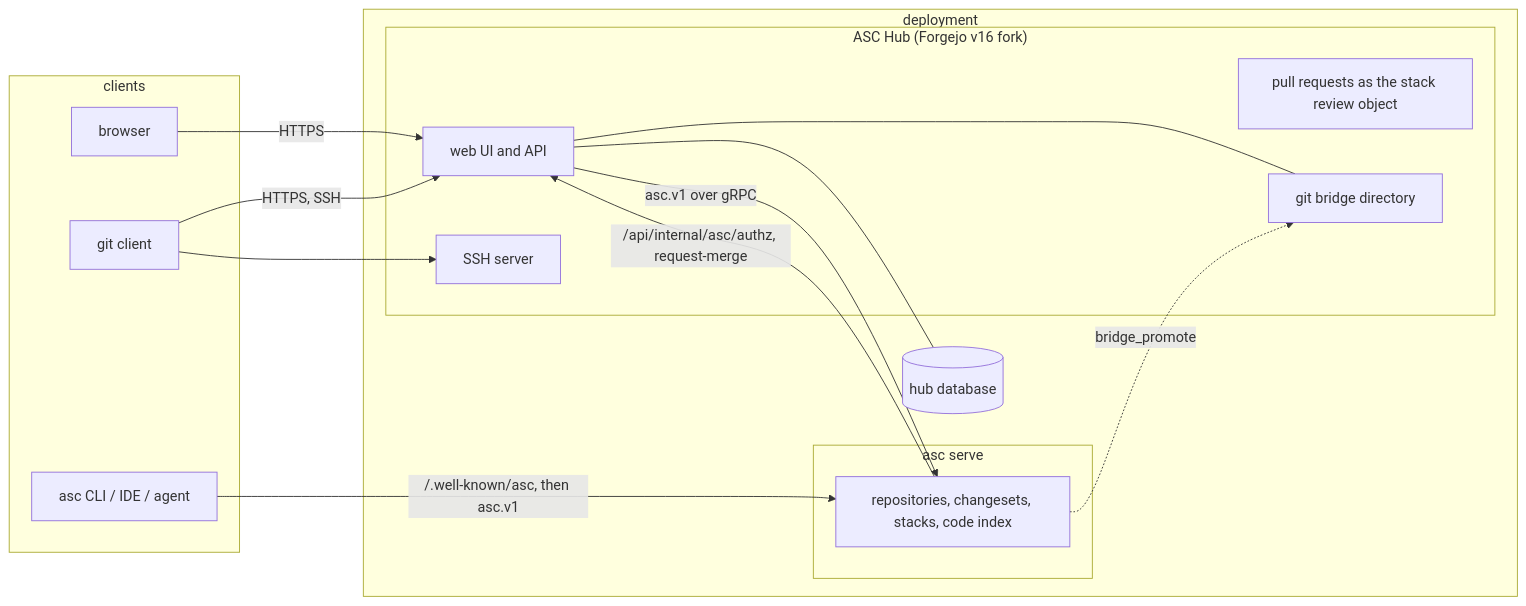
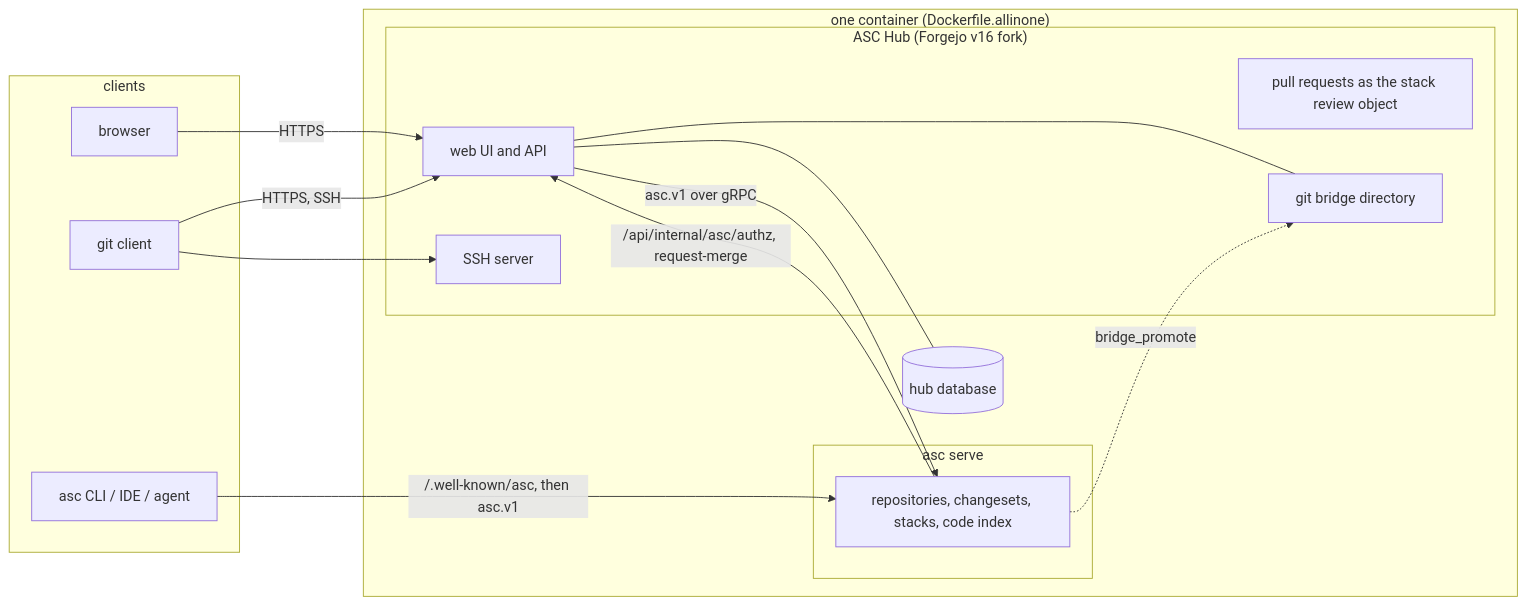
One commit to Jordan-Hall/asc-hub changed the diagram in README.md. Above: the diagram before and after it, drawn with Mermaid. The commit also changed other lines of this file and 4 other files, not shown here.

Commit message:
docs: ASC Hub is one container with the hub and asc serve: quick start, operations, architecture, fork notes

````diff
--- a/README.md
+++ b/README.md
@@ -143,29 +133,29 @@
 ```mermaid
 flowchart LR
     subgraph clients
         B[browser]
         A["asc CLI / IDE / agent"]
         G[git client]
     end
-    subgraph deployment
+    subgraph deployment["one container (Dockerfile.allinone)"]
         subgraph hub["ASC Hub (Forgejo v16 fork)"]
             W[web UI and API]
             S[SSH server]
             P[pull requests as the stack review object]
             BR[git bridge directory]
         end
         subgraph asc["asc serve"]
             R[repositories, changesets, stacks, code index]
         end
         DB[(hub database)]
     end
     B -->|HTTPS| W
     G -->|HTTPS, SSH| W
     G --> S
     A -->|"/.well-known/asc, then asc.v1"| R
     W -->|"asc.v1 over gRPC"| R
     R -->|"/api/internal/asc/authz, request-merge"| W
     W --- DB
     W --- BR
     R -.->|bridge_promote| BR
 ```
````
